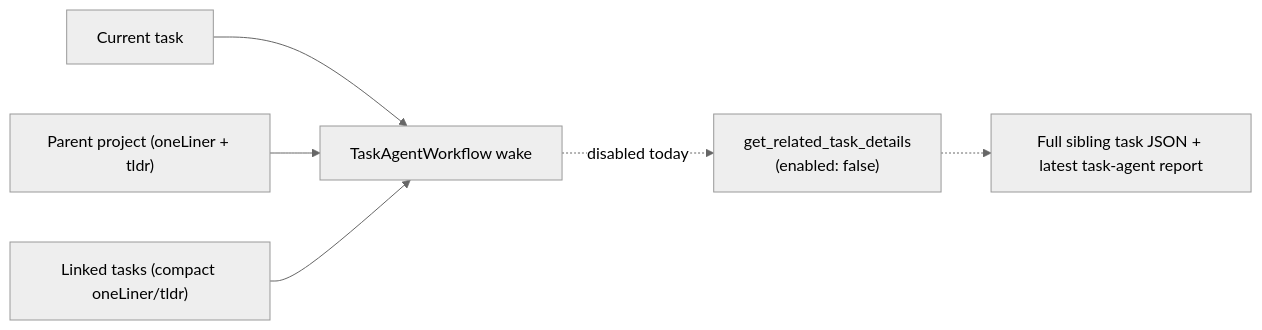
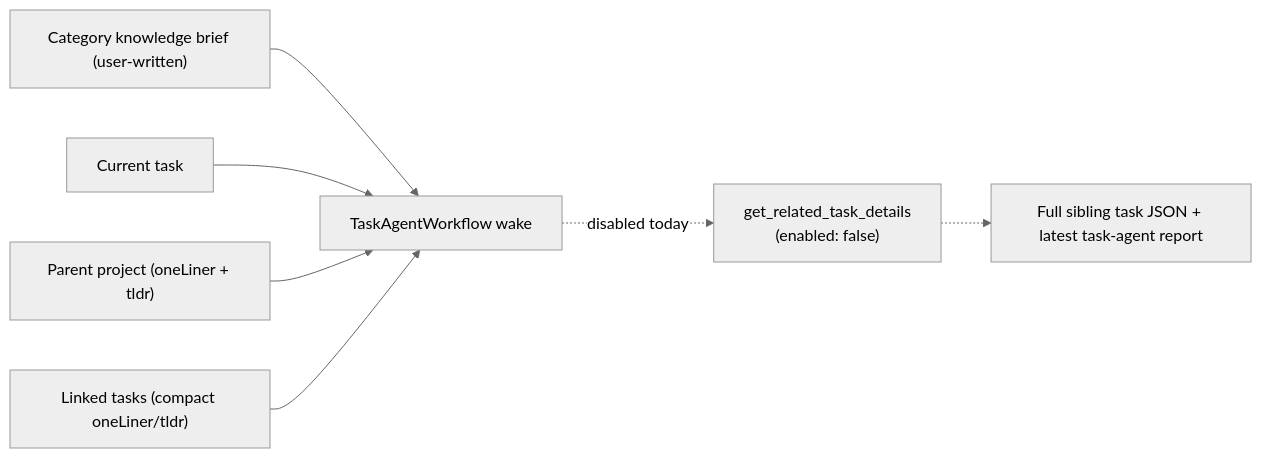
One commit to matthiasn/lotti changed the fourth of 8 diagrams in knowledge/features/agents/task-agents.md. Above: the diagram before and after it, drawn with Mermaid (neutral theme). The commit also changed other lines of this file and 59 other files, not shown here.

First line of the commit message:
feat(categories): brief the AI about a category in your own words

````diff
--- a/knowledge/features/agents/task-agents.md
+++ b/knowledge/features/agents/task-agents.md
@@ -287,8 +287,9 @@
 ```mermaid
 flowchart LR
-  Task["Current task"] --> Wake["TaskAgentWorkflow wake"]
+  Brief["Category knowledge brief (user-written)"] --> Wake["TaskAgentWorkflow wake"]
+  Task["Current task"] --> Wake
   Project["Parent project (oneLiner + tldr)"] --> Wake
   Linked["Linked tasks (compact oneLiner/tldr)"] --> Wake
   Wake -.->|disabled today| Drill["get_related_task_details<br/>(enabled: false)"]
   Drill -.-> FullSibling["Full sibling task JSON + latest task-agent report"]
 ```
````
